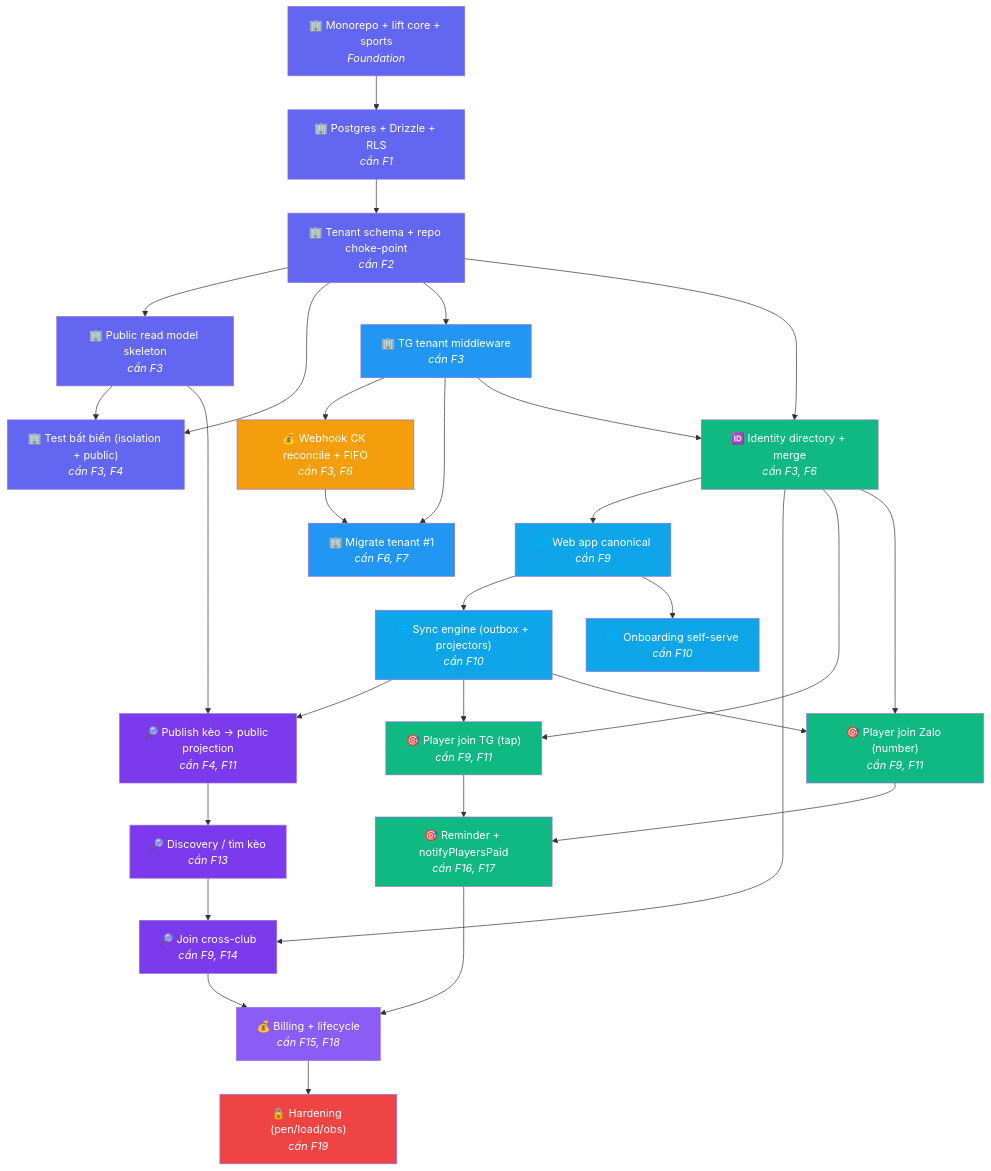
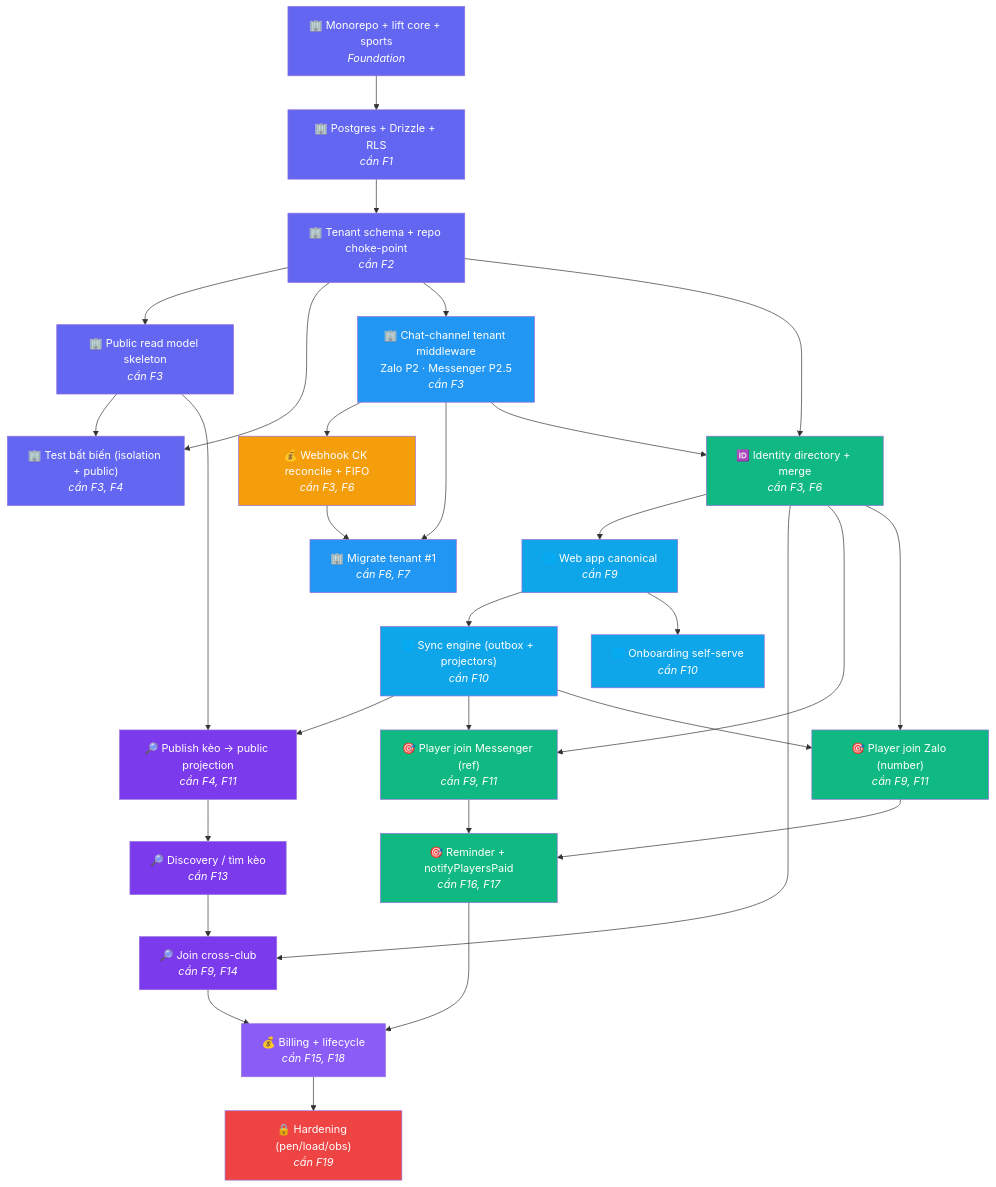
Before and after one commit to maingocanh1702/plexco-app: the diagram in docs/standards/feature-dependency-graph.md, drawn with Mermaid. The commit also changed other lines of this file and 98 other files, not shown here.

````diff
--- a/docs/standards/feature-dependency-graph.md
+++ b/docs/standards/feature-dependency-graph.md
@@ -10,72 +10,72 @@
 ```mermaid
 graph TD
     F1["🏢 Monorepo + lift core + sports<br/><i>Foundation</i>"]
     F2["🏢 Postgres + Drizzle + RLS<br/><i>cần F1</i>"]
     F3["🏢 Tenant schema + repo choke-point<br/><i>cần F2</i>"]
     F4["🏢 Public read model skeleton<br/><i>cần F3</i>"]
     F5["🏢 Test bất biến (isolation + public)<br/><i>cần F3, F4</i>"]
-    F6["🏢 TG tenant middleware<br/><i>cần F3</i>"]
+    F6["🏢 Chat-channel tenant middleware<br/>Zalo P2 · Messenger P2.5<br/><i>cần F3</i>"]
     F7["💰 Webhook CK reconcile + FIFO<br/><i>cần F3, F6</i>"]
     F8["🏢 Migrate tenant #1<br/><i>cần F6, F7</i>"]
     F9["🆔 Identity directory + merge<br/><i>cần F3, F6</i>"]
     F10["🌐 Web app canonical<br/><i>cần F9</i>"]
     F11["🌐 Sync engine (outbox + projectors)<br/><i>cần F10</i>"]
     F12["🌐 Onboarding self-serve<br/><i>cần F10</i>"]
     F13["🔎 Publish kèo → public projection<br/><i>cần F4, F11</i>"]
     F14["🔎 Discovery / tìm kèo<br/><i>cần F13</i>"]
     F15["🔎 Join cross-club<br/><i>cần F9, F14</i>"]
-    F16["🎯 Player join TG (tap)<br/><i>cần F9, F11</i>"]
+    F16["🎯 Player join Messenger (ref)<br/><i>cần F9, F11</i>"]
     F17["🎯 Player join Zalo (number)<br/><i>cần F9, F11</i>"]
     F18["🎯 Reminder + notifyPlayersPaid<br/><i>cần F16, F17</i>"]
     F19["💰 Billing + lifecycle<br/><i>cần F15, F18</i>"]
     F20["🔒 Hardening (pen/load/obs)<br/><i>cần F19</i>"]
 
     F1 --> F2 --> F3
     F3 --> F4
     F3 --> F5
     F4 --> F5
     F3 --> F6
     F6 --> F7
     F6 --> F8
     F7 --> F8
     F3 --> F9
     F6 --> F9
     F9 --> F10
     F10 --> F11
     F10 --> F12
     F4 --> F13
     F11 --> F13
     F13 --> F14
     F14 --> F15
     F9 --> F15
     F9 --> F16
     F11 --> F16
     F9 --> F17
     F11 --> F17
     F16 --> F18
     F17 --> F18
     F15 --> F19
     F18 --> F19
     F19 --> F20
 
     style F1 fill:#6366f1,color:#fff
     style F2 fill:#6366f1,color:#fff
     style F3 fill:#6366f1,color:#fff
     style F4 fill:#6366f1,color:#fff
     style F5 fill:#6366f1,color:#fff
     style F6 fill:#2196F3,color:#fff
     style F7 fill:#f59e0b,color:#fff
     style F8 fill:#2196F3,color:#fff
     style F9 fill:#10b981,color:#fff
     style F10 fill:#0ea5e9,color:#fff
     style F11 fill:#0ea5e9,color:#fff
     style F12 fill:#0ea5e9,color:#fff
     style F13 fill:#7c3aed,color:#fff
     style F14 fill:#7c3aed,color:#fff
     style F15 fill:#7c3aed,color:#fff
     style F16 fill:#10b981,color:#fff
     style F17 fill:#10b981,color:#fff
     style F18 fill:#10b981,color:#fff
     style F19 fill:#8b5cf6,color:#fff
     style F20 fill:#ef4444,color:#fff
 ```
````
